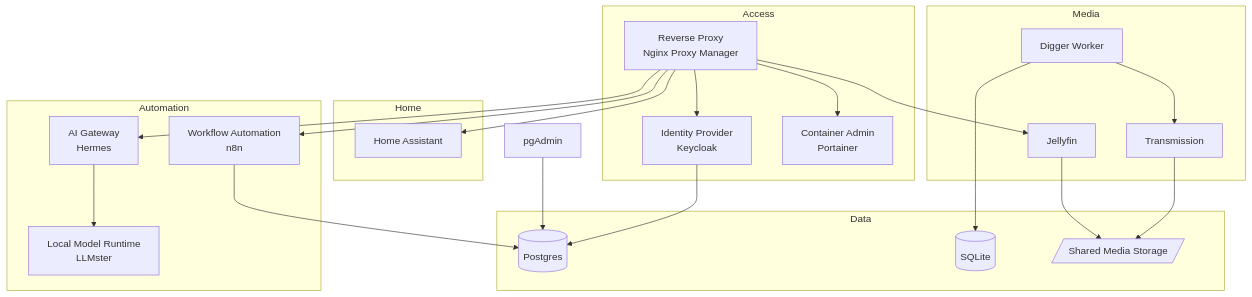
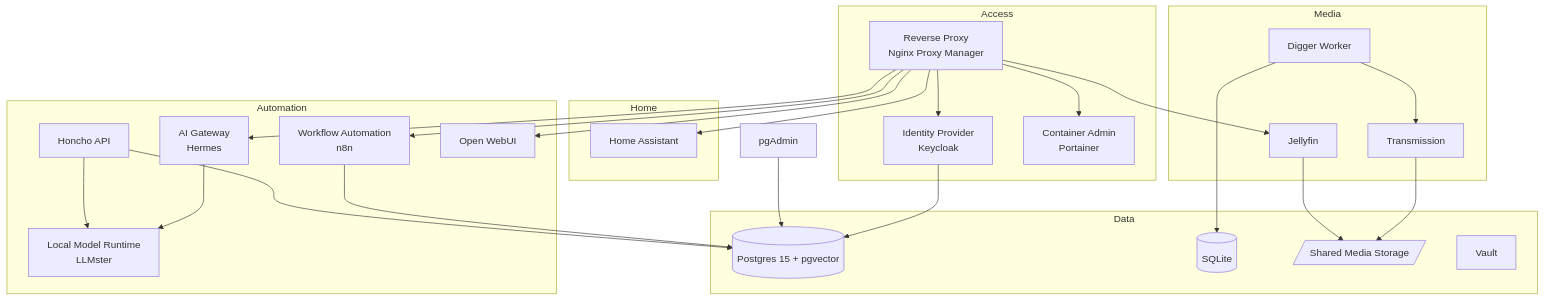
The second of 6 diagrams in readme.md (mouralx/homelab), drawn with Mermaid before and after one commit. The commit also changed other lines of this file and 7 other files, not shown here.

````diff
--- a/readme.md
+++ b/readme.md
@@ -104,48 +114,54 @@
 ```mermaid
 flowchart TD
     subgraph Access
         NPM[Reverse Proxy\nNginx Proxy Manager]
         Keycloak[Identity Provider\nKeycloak]
         Portainer[Container Admin\nPortainer]
     end
 
     subgraph Automation
         n8n[Workflow Automation\nn8n]
         Hermes[AI Gateway\nHermes]
         LLMster[Local Model Runtime\nLLMster]
+        Honcho[Honcho API]
+        OWUI[Open WebUI]
     end
 
     subgraph Home
         HA[Home Assistant]
     end
 
     subgraph Media
         Transmission[Transmission]
         Jellyfin[Jellyfin]
         Digger[Digger Worker]
     end
 
     subgraph Data
-        PG[(Postgres)]
+        PG[(Postgres 15 + pgvector)]
         DB[(SQLite)]
         Disk[/Shared Media Storage/]
+        Vault[Vault]
     end
 
     NPM --> Jellyfin
     NPM --> HA
     NPM --> n8n
     NPM --> Portainer
     NPM --> Hermes
     NPM --> Keycloak
+    NPM --> OWUI
 
     n8n --> PG
     Keycloak --> PG
     pgAdmin[pgAdmin] --> PG
+    Honcho --> PG
 
     Digger --> Transmission
     Digger --> DB
     Transmission --> Disk
     Jellyfin --> Disk
 
     Hermes --> LLMster
+    Honcho --> LLMster
 ```
````
